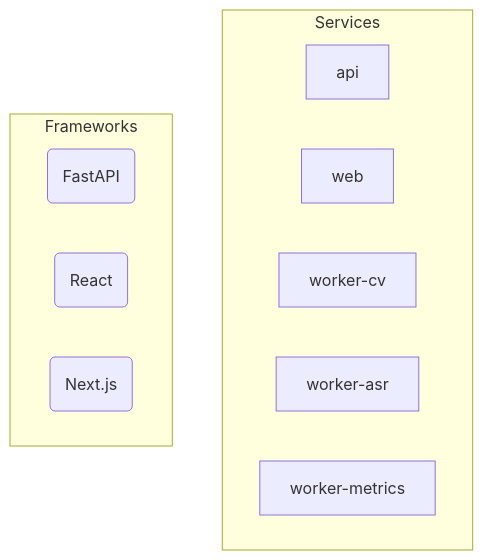
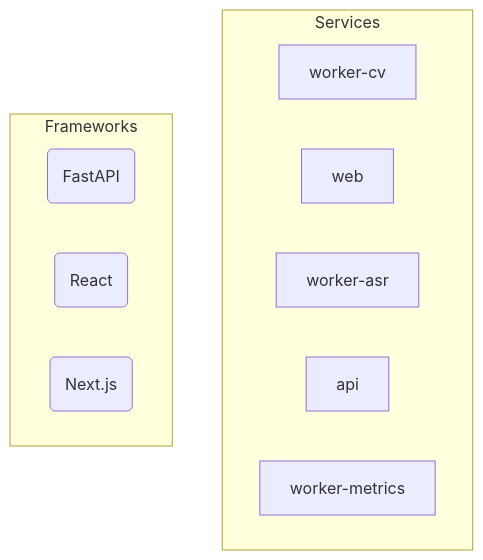
Before and after one commit to NITISH-R-G/PedagogyX: the diagram in README.md, drawn with Mermaid. The commit also changed other lines of this file and 3 other files, not shown here.

Commit message:
docs: auto-generate repository documentation and diagrams [skip ci]

````diff
--- a/README.md
+++ b/README.md
@@ -38,22 +38,22 @@
 ```mermaid
 graph TD
     subgraph Services
+        worker_cv["worker-cv"]
+        click worker_cv href "services/worker-cv" "Go to worker-cv source"
+        web["web"]
+        click web href "services/web" "Go to web source"
+        worker_asr["worker-asr"]
+        click worker_asr href "services/worker-asr" "Go to worker-asr source"
         api["api"]
         click api href "services/api" "Go to api source"
-        web["web"]
-        click web href "services/web" "Go to web source"
-        worker_cv["worker-cv"]
-        click worker_cv href "services/worker-cv" "Go to worker-cv source"
-        worker_asr["worker-asr"]
-        click worker_asr href "services/worker-asr" "Go to worker-asr source"
         worker_metrics["worker-metrics"]
         click worker_metrics href "services/worker-metrics" "Go to worker-metrics source"
     end
 
     subgraph Frameworks
         FastAPI(FastAPI)
         React(React)
         Next_js(Next.js)
     end
 
 ```
````
